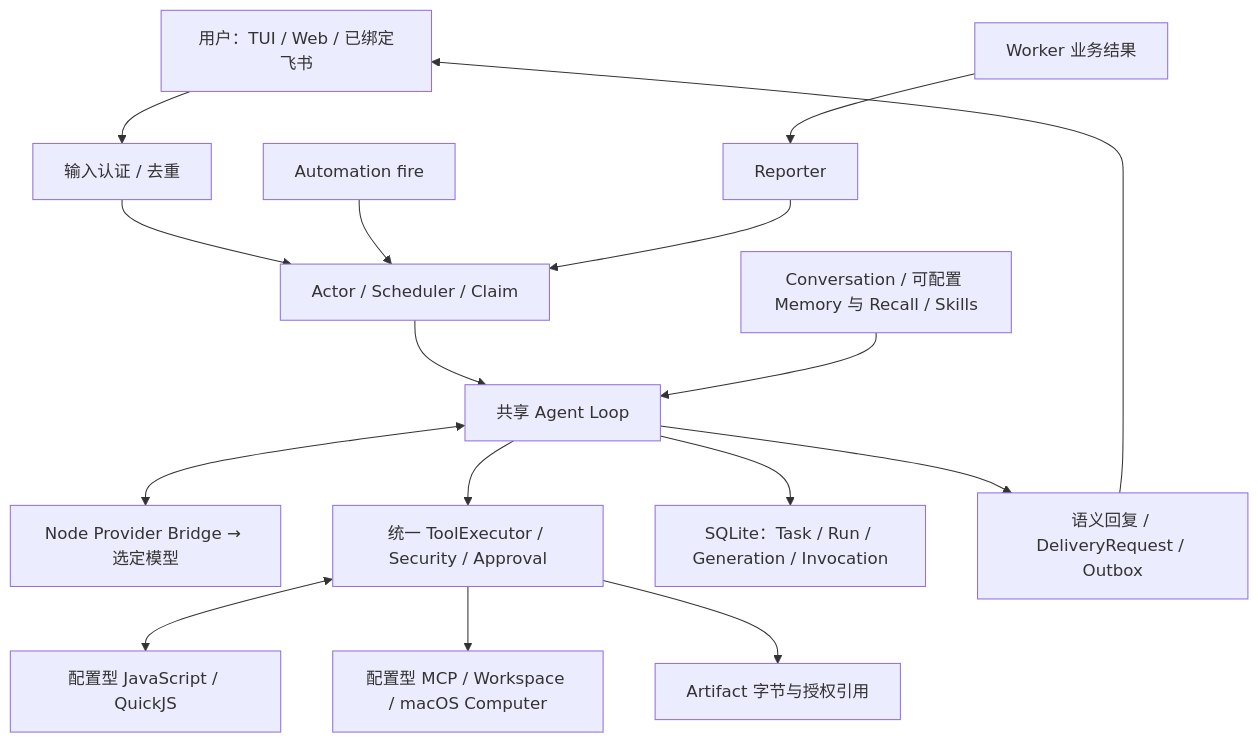
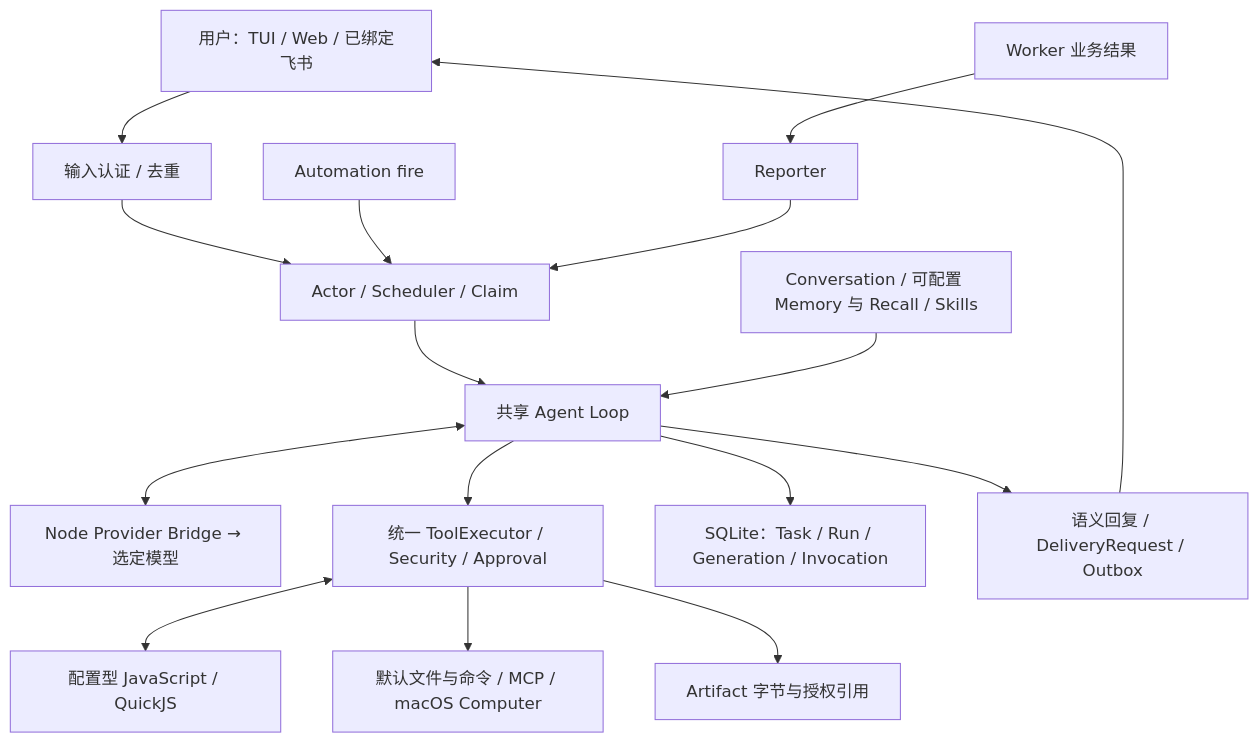
Before and after one commit to z-chenhao/assistant: the first of 4 diagrams in docs/designs/product-overview.md, drawn with Mermaid. The commit also changed 53 other files, not shown here.

````diff
--- a/docs/designs/product-overview.md
+++ b/docs/designs/product-overview.md
@@ -15,18 +15,18 @@
 ```mermaid
 flowchart TD
     U["用户：TUI / Web / 已绑定飞书"] --> I["输入认证 / 去重"]
     I --> A["Actor / Scheduler / Claim"]
     A --> L["共享 Agent Loop"]
     C["Conversation / 可配置 Memory 与 Recall / Skills"] --> L
     L <--> B["Node Provider Bridge → 选定模型"]
     L --> T["统一 ToolExecutor / Security / Approval"]
     T <--> J["配置型 JavaScript / QuickJS"]
-    T --> X["配置型 MCP / Workspace / macOS Computer"]
+    T --> X["默认文件与命令 / MCP / macOS Computer"]
     L --> S["SQLite：Task / Run / Generation / Invocation"]
     T --> F["Artifact 字节与授权引用"]
     L --> D["语义回复 / DeliveryRequest / Outbox"]
     D --> U
     Q["Automation fire"] --> A
     W["Worker 业务结果"] --> R["Reporter"]
     R --> A
 ```
````
